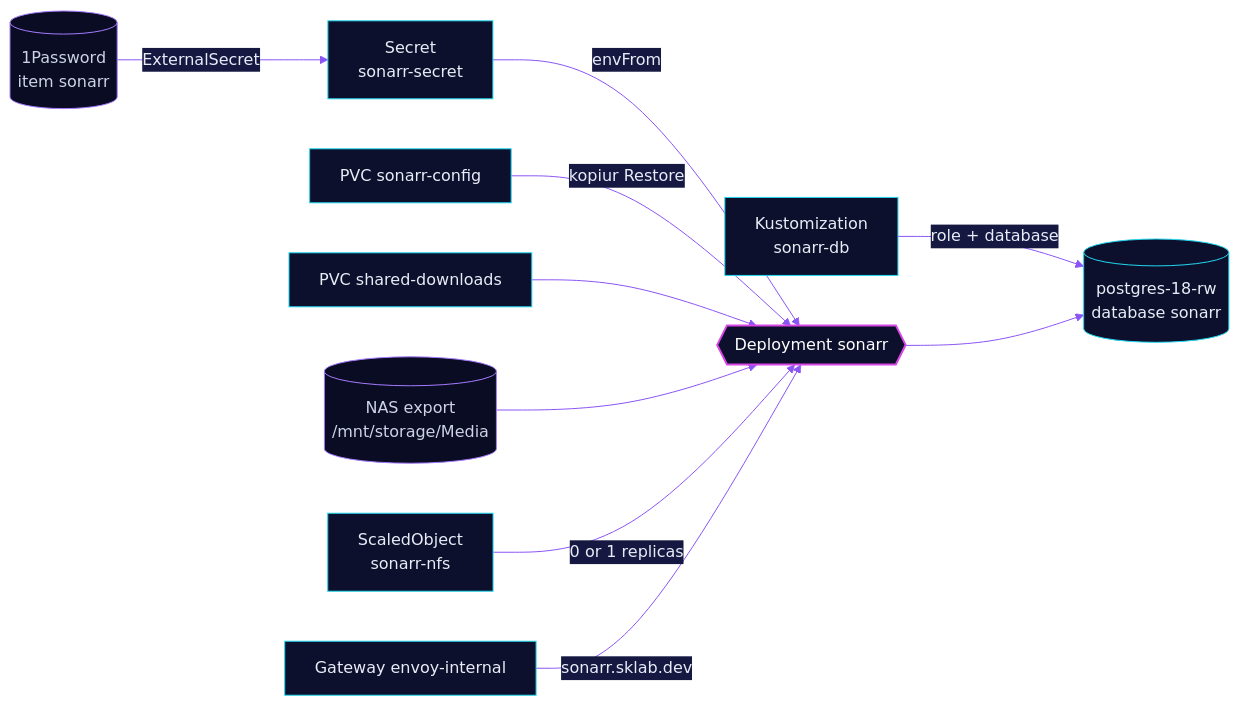
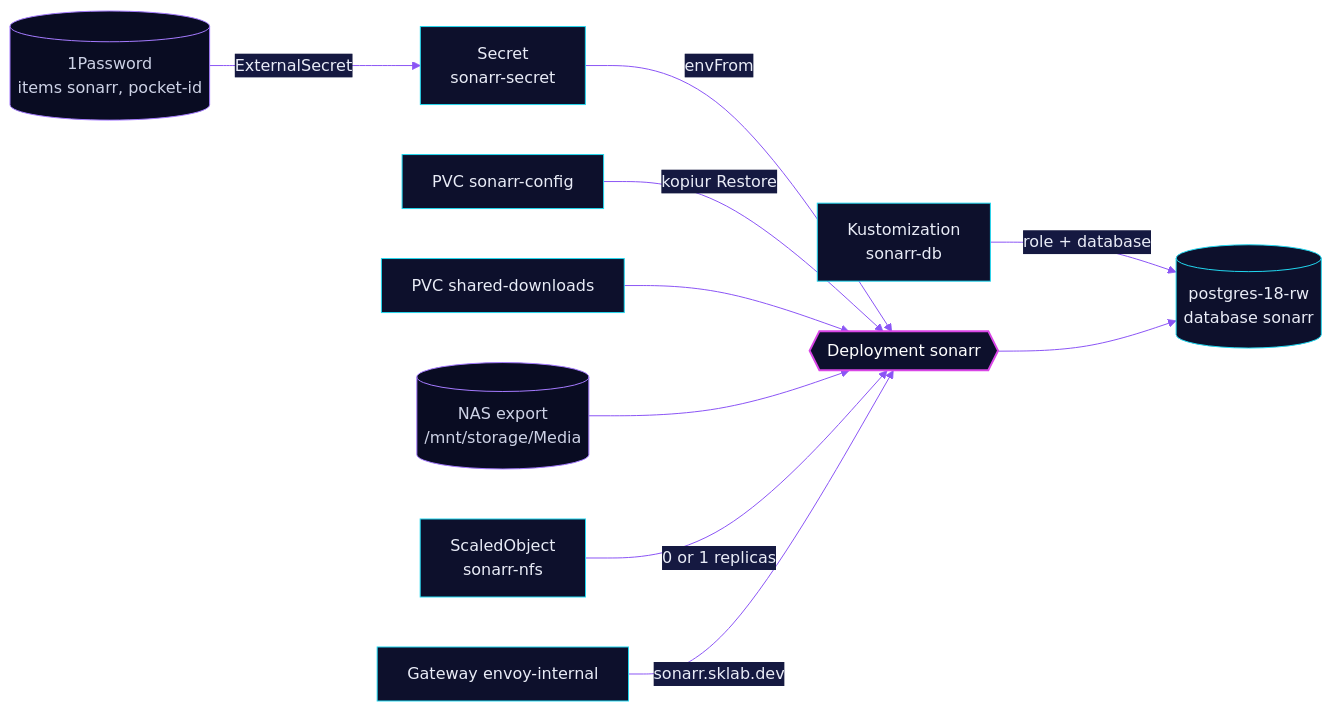
The diagram in kubernetes/apps/base/downloads/sonarr/README.md (skrumbach/home-ops), drawn with Mermaid before and after one commit. The commit also changed other lines of this file and 5 other files, not shown here.

````diff
--- a/kubernetes/apps/base/downloads/sonarr/README.md
+++ b/kubernetes/apps/base/downloads/sonarr/README.md
@@ -34,17 +37,17 @@
 ```mermaid
 %%{init: {'theme':'base','themeVariables':{'primaryColor':'#0D102C','primaryTextColor':'#E9ECF7','primaryBorderColor':'#22D8F0','lineColor':'#8B55F5','secondaryColor':'#151941','tertiaryColor':'#090C22','edgeLabelBackground':'#151941'}}}%%
 flowchart LR
-  op[("1Password<br/>item sonarr")] -->|ExternalSecret| sec["Secret<br/>sonarr-secret"]
+  op[("1Password<br/>items sonarr, pocket-id")] -->|ExternalSecret| sec["Secret<br/>sonarr-secret"]
   sec -->|envFrom| app{{"Deployment sonarr"}}
   db["Kustomization<br/>sonarr-db"] -->|role + database| pg[("postgres-18-rw<br/>database sonarr")]
   app --> pg
   cfg["PVC sonarr-config"] -->|kopiur Restore| app
   dl["PVC shared-downloads"] --> app
   nas[("NAS export<br/>/mnt/storage/Media")] --> app
   keda["ScaledObject<br/>sonarr-nfs"] -->|0 or 1 replicas| app
   gw["Gateway envoy-internal"] -->|sonarr.sklab.dev| app
   classDef accent fill:#0D102C,stroke:#D946E6,stroke-width:2px,color:#FFFFFF
   classDef ext fill:#090C22,stroke:#A57BFF,color:#CDD2E6
   class app accent
   class op,nas ext
 ```
````
